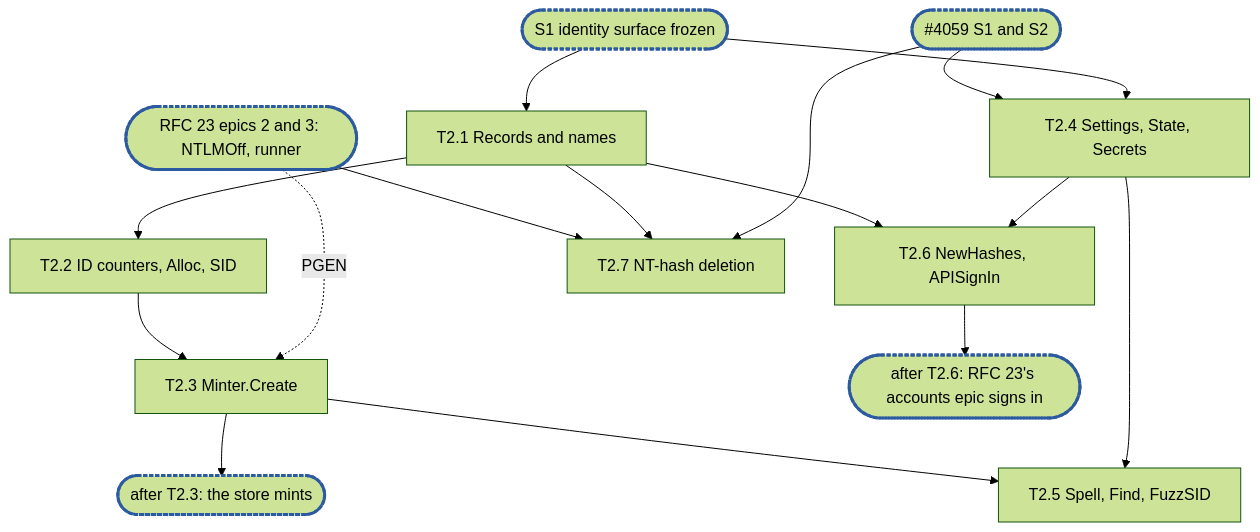
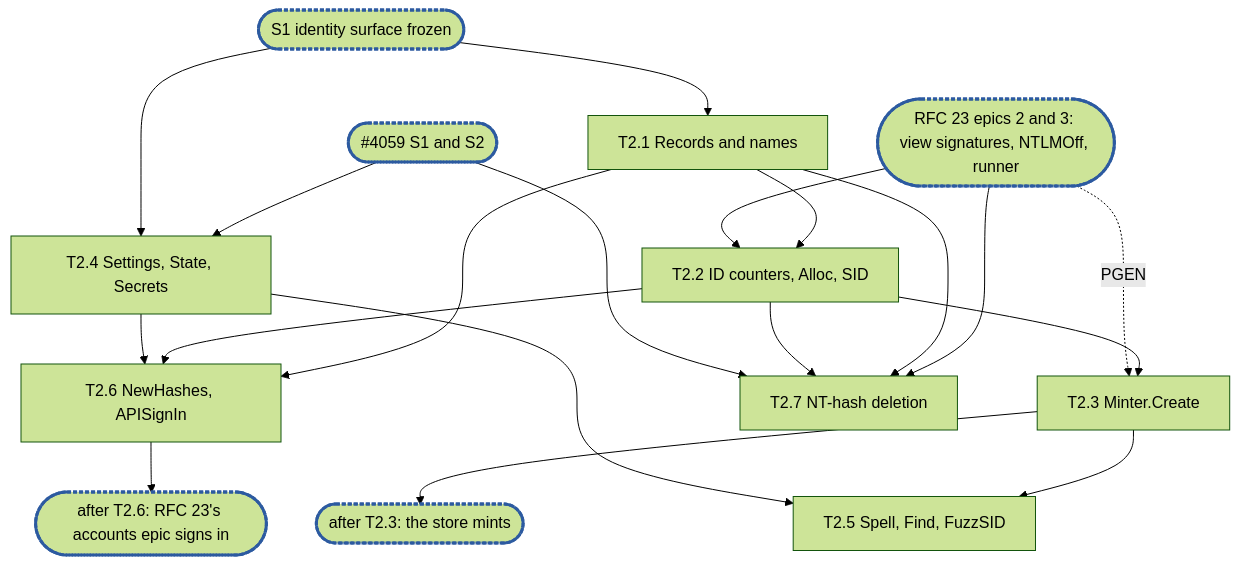
Before and after one commit to cubbit/dittofs: the diagram in docs/internals/planning/rfc-18-identity-epic2.md, drawn with Mermaid (forest theme). The commit also changed other lines of this file, not shown here.

Commit message:
docs(planning): fold the self-review into RFC 18 epic 2

````diff
--- a/docs/internals/planning/rfc-18-identity-epic2.md
+++ b/docs/internals/planning/rfc-18-identity-epic2.md
@@ -542,16 +550,17 @@
 ```mermaid
 flowchart TD
   S1(["S1 identity surface frozen"]):::sync --> T2_1["T2.1 Records and names"]
   T2_1 --> T2_2["T2.2 ID counters, Alloc, SID"]
   T2_2 --> T2_3["T2.3 Minter.Create"]
   T2_3 --> C1(["after T2.3: the store mints"]):::sync
   X59(["#4059 S1 and S2"]):::sync --> T2_4["T2.4 Settings, State, Secrets"]
   S1 --> T2_4
   T2_3 & T2_4 --> T2_5["T2.5 Spell, Find, FuzzSID"]
-  T2_1 & T2_4 --> T2_6["T2.6 NewHashes, APISignIn"]
+  T2_1 & T2_2 & T2_4 --> T2_6["T2.6 NewHashes, APISignIn"]
   T2_6 --> C2(["after T2.6: RFC 23's accounts epic signs in"]):::sync
-  X23(["RFC 23 epics 2 and 3: NTLMOff, runner"]):::sync --> T2_7["T2.7 NT-hash deletion"]
-  T2_1 & X59 --> T2_7
+  X23(["RFC 23 epics 2 and 3: view signatures, NTLMOff, runner"]):::sync --> T2_7["T2.7 NT-hash deletion"]
+  T2_1 & T2_2 & X59 --> T2_7
+  X23 --> T2_2
   X23 -. "PGEN" .-> T2_3
   classDef sync stroke:#2c5aa0,stroke-width:3px,stroke-dasharray:4 2
 ```
````
